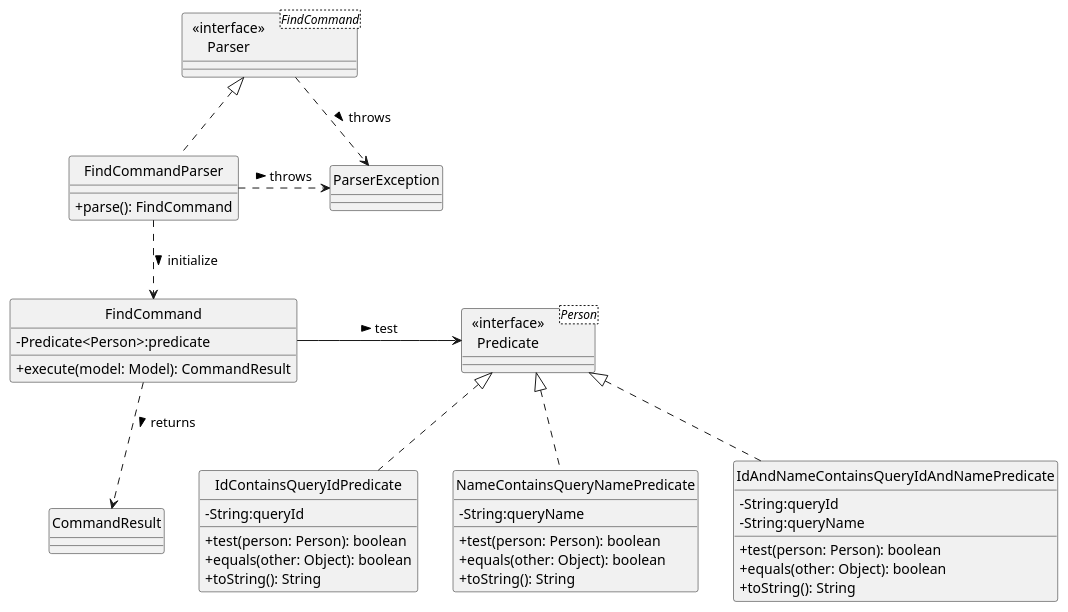
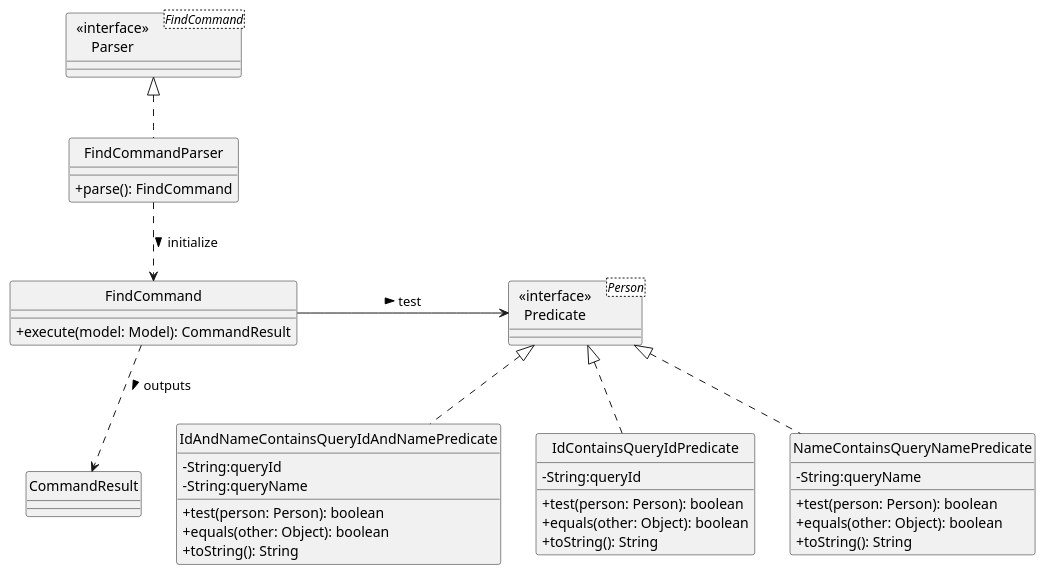
The diagram in diagrams/find/FindClassDiagram.puml (AY2324S2-CS2103T-T16-1/tp), drawn with PlantUML before and after one commit. The commit also changed 36 other files, not shown here.

```diff
--- a/diagrams/find/FindClassDiagram.puml
+++ b/diagrams/find/FindClassDiagram.puml
@@ -1,54 +1,50 @@
 @startuml
 hide circle
 skinparam classAttributeIconSize 0
 
 Class "  <<interface>>  \nParser" as Parser<FindCommand>
 Class FindCommandParser {
     +parse(): FindCommand
 }
-Class ParserException
 
 class "  <<interface>>  \nPredicate" as Predicate<Person>
 class IdAndNameContainsQueryIdAndNamePredicate{
     -String:queryId
     -String:queryName
     +test(person: Person): boolean
     +equals(other: Object): boolean
     +toString(): String
 }
 class IdContainsQueryIdPredicate{
     -String:queryId
     +test(person: Person): boolean
     +equals(other: Object): boolean
     +toString(): String
 }
 class NameContainsQueryNamePredicate{
     -String:queryName
     +test(person: Person): boolean
     +equals(other: Object): boolean
     +toString(): String
 }
 
 class FindCommand{
-    -Predicate<Person>:predicate
     +execute(model: Model): CommandResult
 }
 
 class CommandResult
 
 IdAndNameContainsQueryIdAndNamePredicate .up.|> Predicate
 IdContainsQueryIdPredicate .up.|> Predicate
 NameContainsQueryNamePredicate .up.|> Predicate
 
 
 FindCommandParser .up.|> Parser
-Parser .right.> ParserException: throws >
-FindCommandParser .right.> ParserException: throws >
 
 FindCommandParser .down.> FindCommand: initialize >
 FindCommand -right-> Predicate: test >
 
-FindCommand .down.> CommandResult: returns >
+FindCommand .down.> CommandResult: outputs >
 
 
 @enduml
```
